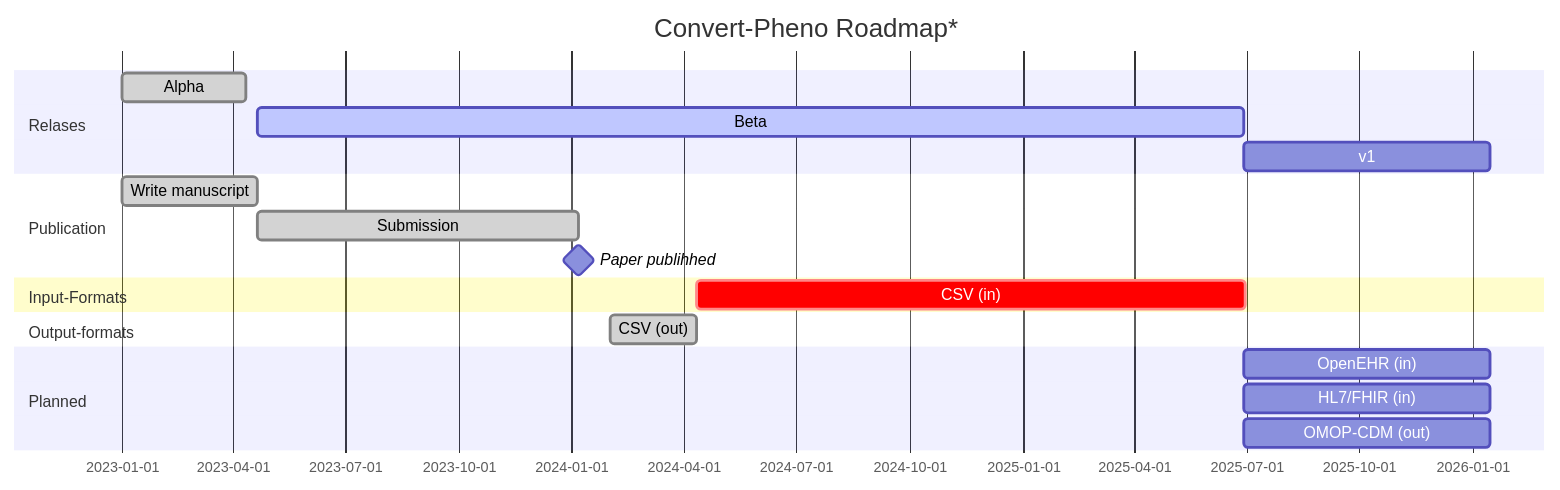
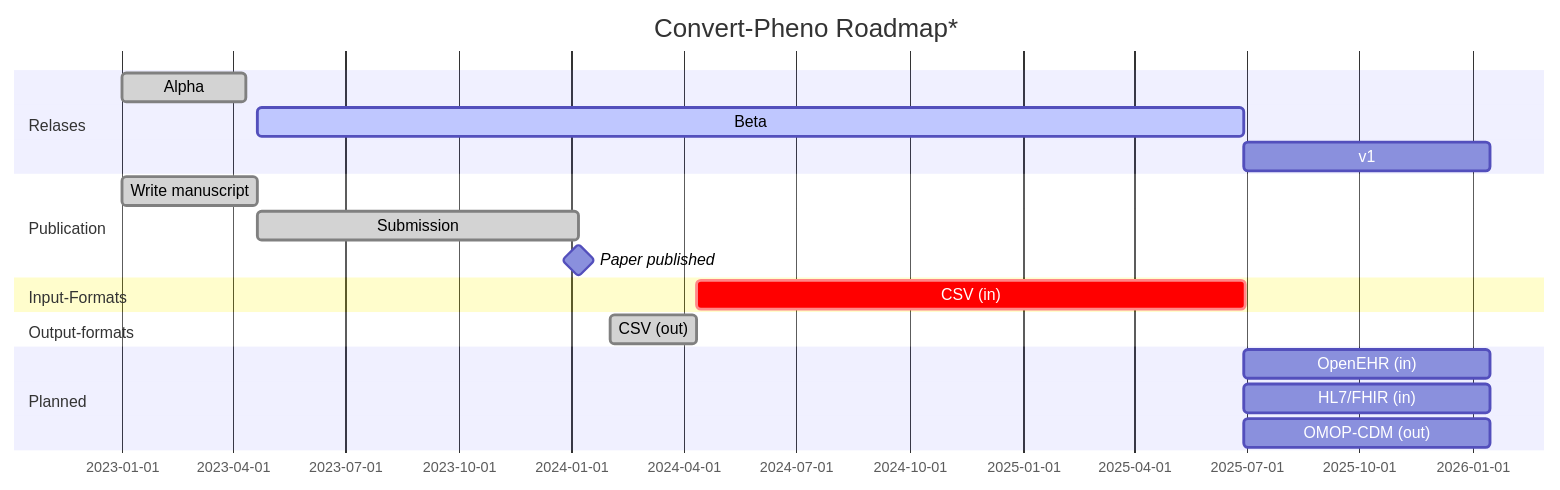
One commit to CNAG-Biomedical-Informatics/convert-pheno changed the diagram in docs/future-plans.md. Above: the diagram before and after it, drawn with Mermaid. The commit also changed 2 other files, not shown here.

````diff
--- a/docs/future-plans.md
+++ b/docs/future-plans.md
@@ -1,26 +1,26 @@
 ```mermaid
   gantt
     title Convert-Pheno Roadmap*
     dateFormat  YYYY-MM-DD
 
     section Relases
     Alpha                     :done,      r1, 2023-01-01, 100d
     Beta                      :active,    r2, after m1, 800d
     v1                        :           r3, after r2, 200d
 
     section Publication
     Write manuscript          :done,      m1, 2023-01-01, 110d
     Submission                :done,      m2, after m1, 260d
-    Paper publihhed           :milestone, after m2, 0d
+    Paper published           :milestone, after m2, 0d
 
     section Input-Formats
     CSV (in)        :crit, f1, after f0,   445d
 
     section Output-formats
     CSV (out)       :done, f0, 2024-02-01, 70d
 
     section Planned
     OpenEHR (in)    :      f3, after r2,   200d
     HL7/FHIR (in)   :      f4, after r2,   200d
     OMOP-CDM (out)  :      f2, after r2,   200d
 ```
````
